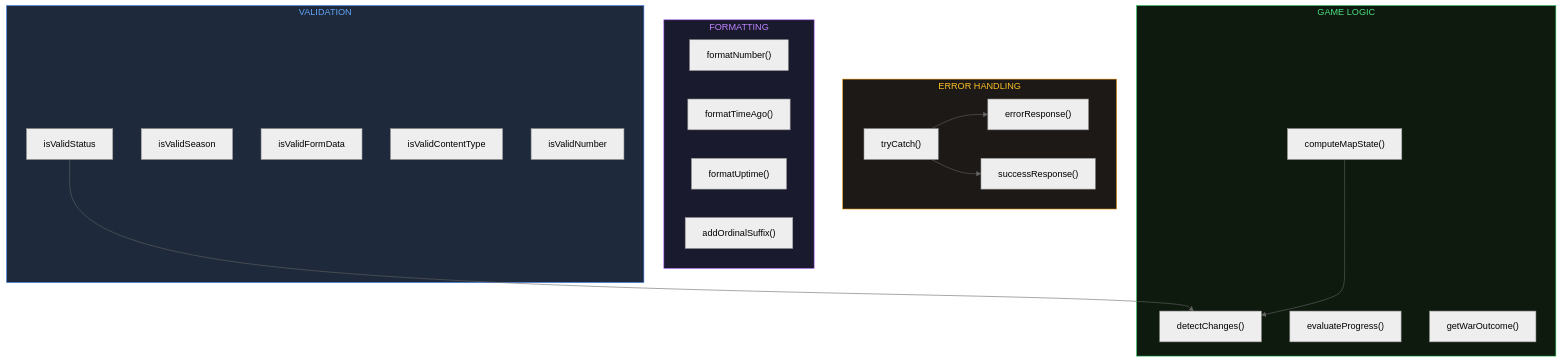
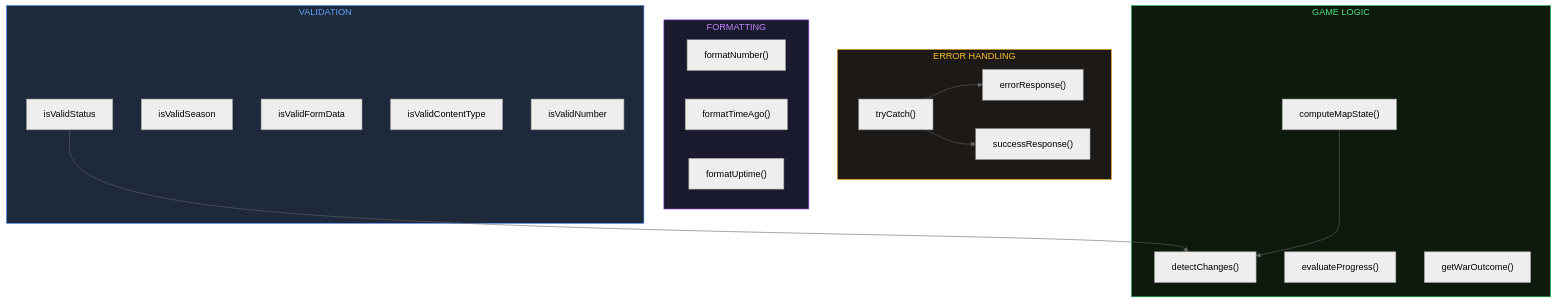
One commit to elfensky/helldivers.bot changed the diagram in src/app/docs/utilities/page.mdx. Above: the diagram before and after it, drawn with Mermaid (neutral theme). The commit also changed other lines of this file and 10 other files, not shown here.

````diff
--- a/src/app/docs/utilities/page.mdx
+++ b/src/app/docs/utilities/page.mdx
@@ -13,40 +13,39 @@
 ```mermaid
 graph TD
     subgraph ErrorHandling["ERROR HANDLING"]
         TC["tryCatch()"]
         ER["errorResponse()"]
         SR["successResponse()"]
     end
 
     subgraph Formatting["FORMATTING"]
         FN["formatNumber()"]
         FT["formatTimeAgo()"]
         FU["formatUptime()"]
-        AO["addOrdinalSuffix()"]
     end
 
     subgraph GameLogic["GAME LOGIC"]
         CMS["computeMapState()"]
         DC["detectChanges()"]
         EP["evaluateProgress()"]
         GWO["getWarOutcome()"]
     end
 
     subgraph Validation["VALIDATION"]
         VS["isValidStatus"]
         VSN["isValidSeason"]
         VFD["isValidFormData"]
         VCT["isValidContentType"]
         VN["isValidNumber"]
     end
 
     TC --> ER
     TC --> SR
     VS --> DC
     CMS --> DC
 
     style ErrorHandling fill:#1c1917,stroke:#f59e0b,color:#fbbf24
     style Formatting fill:#1a1a2e,stroke:#a855f7,color:#c084fc
     style GameLogic fill:#0f1a0f,stroke:#22c55e,color:#4ade80
     style Validation fill:#1e293b,stroke:#3b82f6,color:#60a5fa
 ```
````
